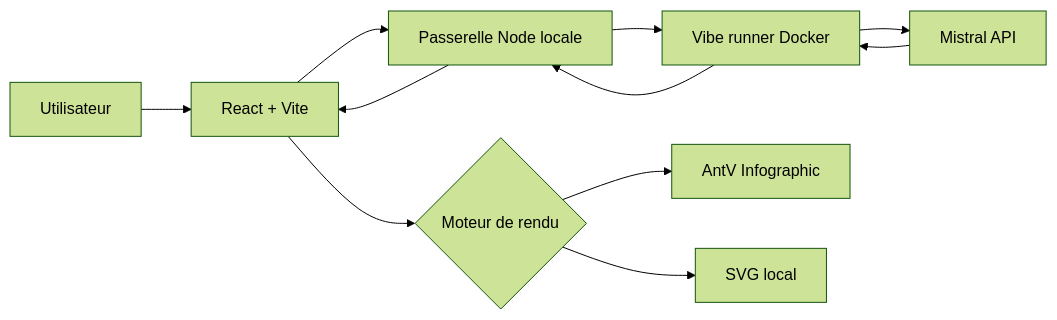
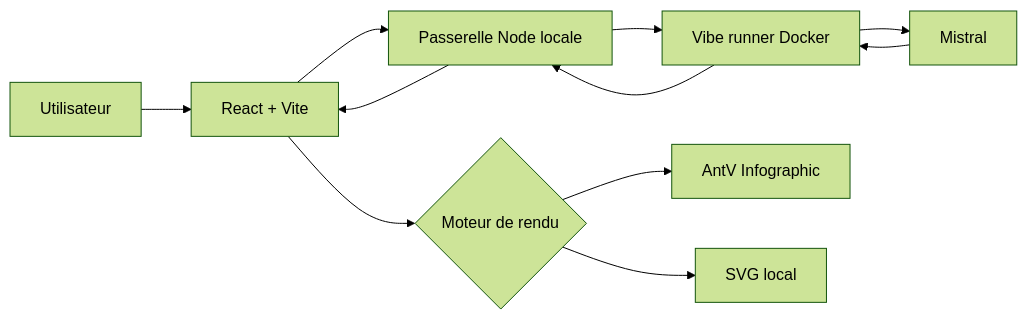
Before and after one commit to Etorrent-Org/infographic-lab: the diagram in README.md, drawn with Mermaid (forest theme). The commit also changed other lines of this file and 77 other files, not shown here.

````diff
--- a/README.md
+++ b/README.md
@@ -102,13 +116,13 @@
 ```mermaid
 flowchart LR
     U[Utilisateur] --> UI[React + Vite]
     UI --> APP[Passerelle Node locale]
     APP --> VR[Vibe runner Docker]
-    VR --> M[Mistral API]
+    VR --> M[Mistral]
     M --> VR
     VR --> APP
     APP --> UI
     UI --> R{Moteur de rendu}
     R --> A[AntV Infographic]
     R --> S[SVG local]
 ```
````
